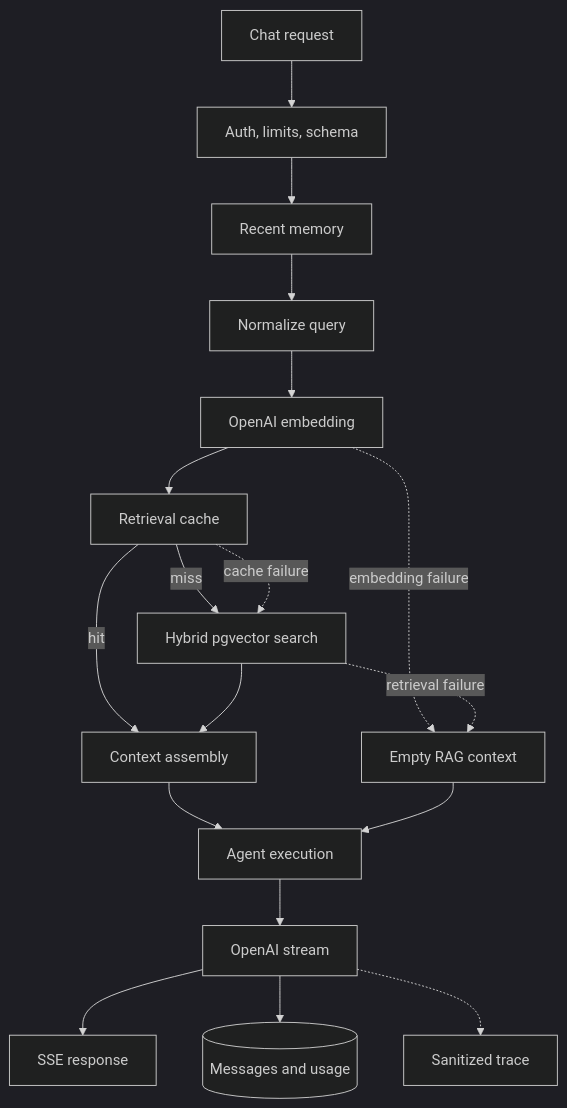
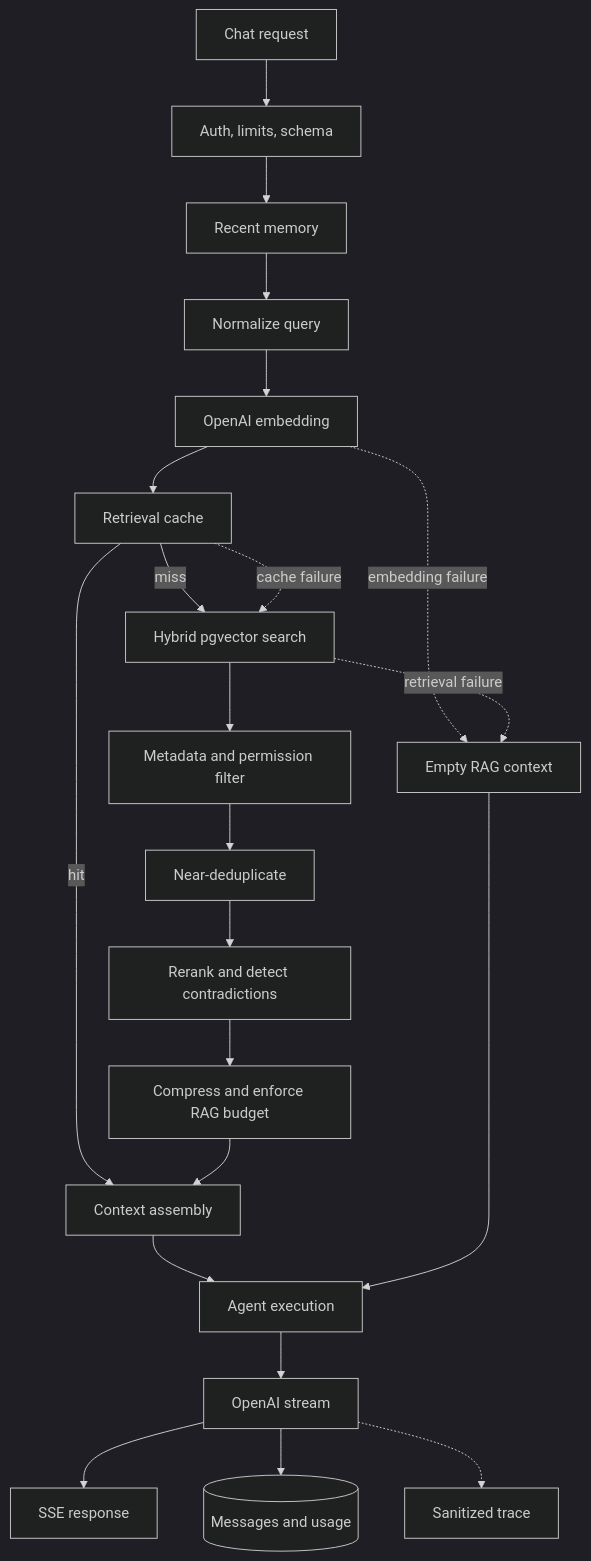
The second of 5 diagrams in README.md (jsanchez556/birdwatching-ai-api), drawn with Mermaid (dark theme) before and after one commit. The commit also changed other lines of this file and 67 other files, not shown here.

````diff
--- a/README.md
+++ b/README.md
@@ -201,20 +201,24 @@
 ```mermaid
 flowchart TD
   Request["Chat request"] --> Validate["Auth, limits, schema"]
   Validate --> Memory["Recent memory"]
   Memory --> Normalize["Normalize query"]
   Normalize --> Embed["OpenAI embedding"]
   Embed -.->|"embedding failure"| Empty["Empty RAG context"]
   Embed --> Cache["Retrieval cache"]
   Cache -->|"hit"| Assemble["Context assembly"]
   Cache -->|"miss"| Hybrid["Hybrid pgvector search"]
   Cache -.->|"cache failure"| Hybrid
-  Hybrid --> Assemble
+  Hybrid --> Filter["Metadata and permission filter"]
+  Filter --> Dedup["Near-deduplicate"]
+  Dedup --> Rerank["Rerank and detect contradictions"]
+  Rerank --> Compress["Compress and enforce RAG budget"]
+  Compress --> Assemble
   Hybrid -.->|"retrieval failure"| Empty
   Assemble --> Agent["Agent execution"]
   Empty --> Agent
   Agent --> Model["OpenAI stream"]
   Model --> SSE["SSE response"]
   Model --> Persist[("Messages and usage")]
   Model -.-> Trace["Sanitized trace"]
 ```
````
